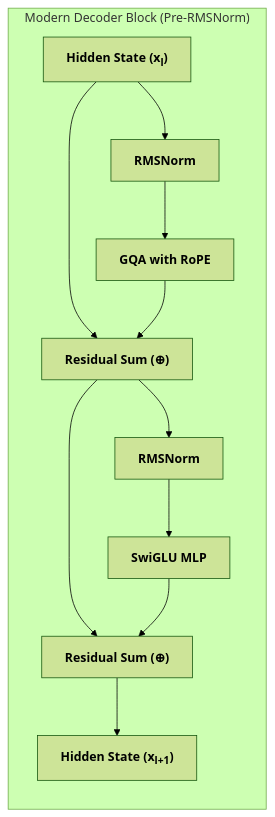
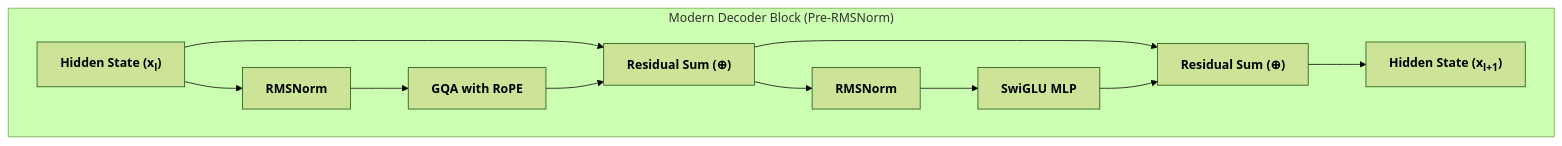
Before and after one commit to shotsan/llmnerd: the third of 4 diagrams in content/foundations/model_architecture.md, drawn with Mermaid (forest theme). The commit also changed 11 other files, not shown here.

Commit message:
Unify site-wide visual theme to Slate and Cobalt Blue across all diagrams, badges, and interactive simulators

````diff
--- a/content/foundations/model_architecture.md
+++ b/content/foundations/model_architecture.md
@@ -94,16 +94,16 @@
 ```mermaid
 flowchart LR
     subgraph Block["Modern Decoder Block (Pre-RMSNorm)"]
-        direction TB
-        In["<b>Hidden State (x<sub>l</sub>)</b>"] --> Norm1["<b>RMSNorm</b>"]
-        Norm1 --> Attn["<b>GQA with RoPE</b>"]
-        In --> Add1["<b>Residual Sum (⊕)</b>"]
-        Attn --> Add1
+        direction LR
+        InB["<b>Hidden State (x<sub>l</sub>)</b>"] --> Norm1["<b>RMSNorm</b>"]
+        Norm1 --> AttnB["<b>GQA with RoPE</b>"]
+        InB --> Add1["<b>Residual Sum (⊕)</b>"]
+        AttnB --> Add1
 
         Add1 --> Norm2["<b>RMSNorm</b>"]
         Norm2 --> SwiGLU["<b>SwiGLU MLP</b>"]
         Add1 --> Add2["<b>Residual Sum (⊕)</b>"]
         SwiGLU --> Add2
-        Add2 --> Out["<b>Hidden State (x<sub>l+1</sub>)</b>"]
+        Add2 --> OutB["<b>Hidden State (x<sub>l+1</sub>)</b>"]
     end
 ```
````
